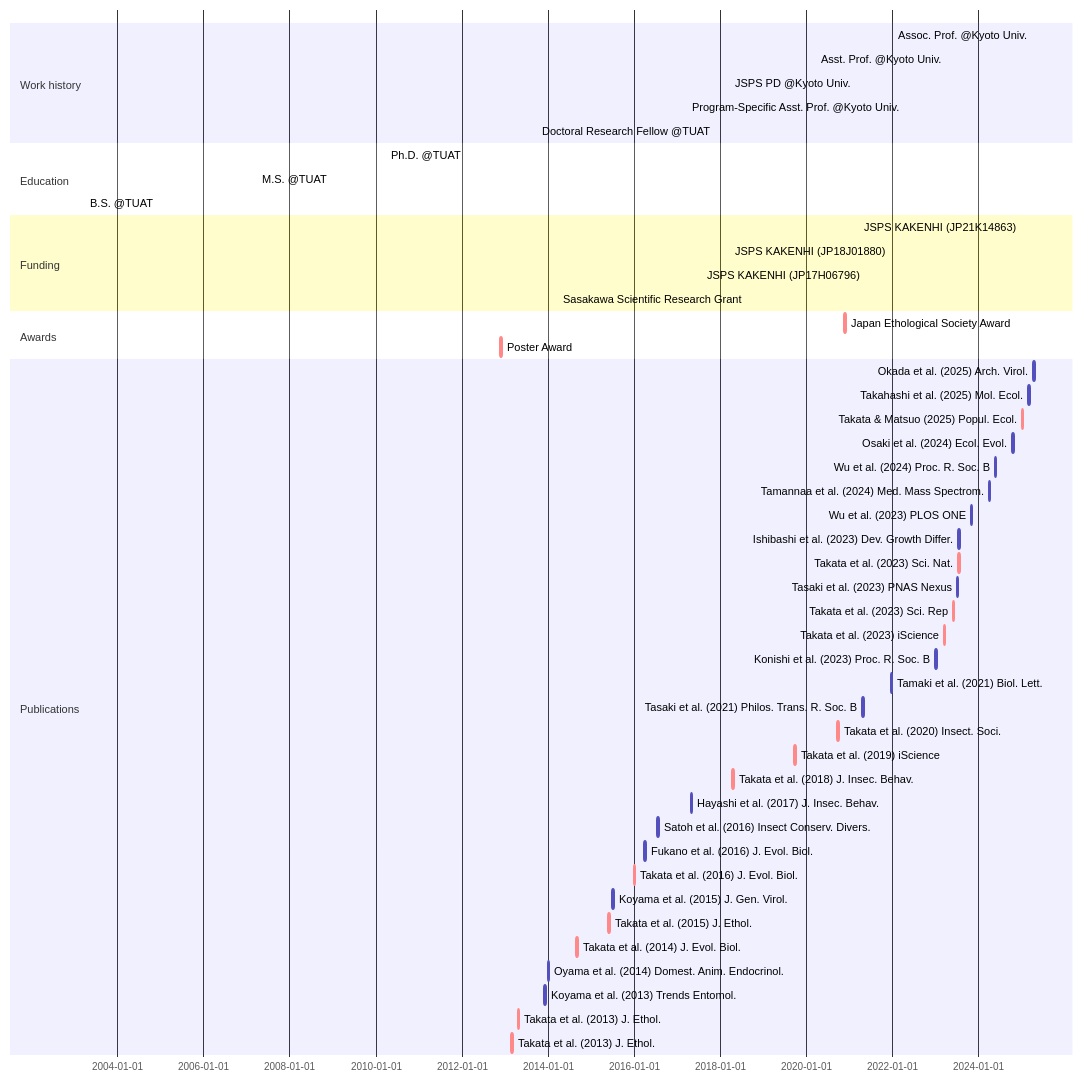
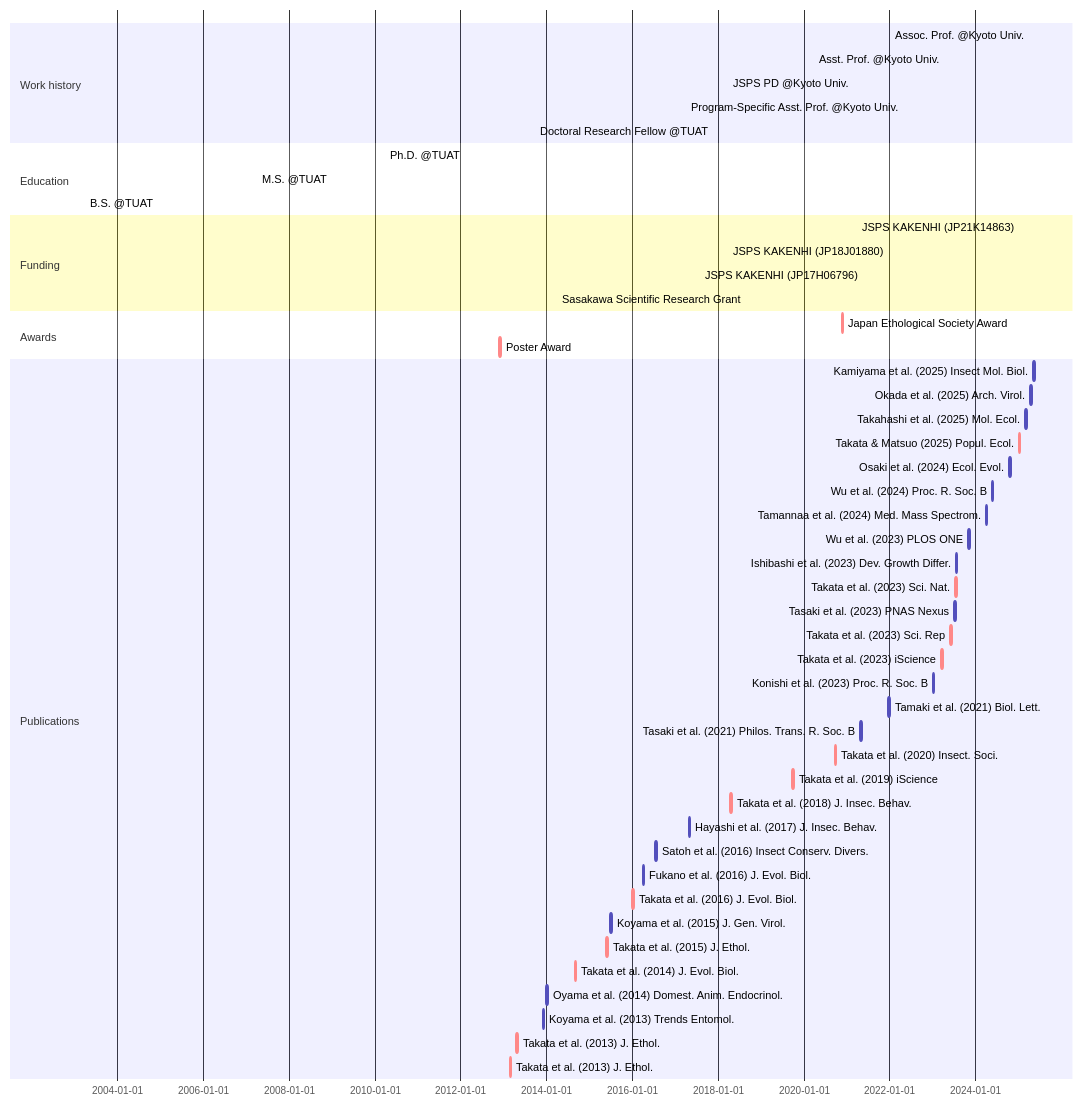
The diagram in _includes/mermaid-cv.md (MamoruTakata/MamoruTakata.github.io), drawn with Mermaid before and after one commit.

````diff
--- a/_includes/mermaid-cv.md
+++ b/_includes/mermaid-cv.md
@@ -1,55 +1,56 @@
 ```mermaid
 gantt
 section Work history
   Assoc. Prof. @Kyoto Univ.                     : active, Assoc. Prof., 2025-04-01, 2030-03-31
   Asst. Prof. @Kyoto Univ.                      : active, Asst. Prof., 2020-04-01, 2025-03-31
   JSPS PD @Kyoto Univ.                          : active, PD, 2018-04-01, 2020-03-31
   Program-Specific Asst. Prof. @Kyoto Univ.     : active, Program-Specific Asst. Prof., 2017-04-01, 2018-03-31
   Doctoral Research Fellow @TUAT                : active, Program-Specific Asst. Prof., 2013-10-01, 2017-03-31
 
 section Education
   Ph.D. @TUAT    : Ph.D., 2010-04-01, 2013-09-18
   M.S. @TUAT     : M.S., 2007-04-01, 2010-03-31
   B.S. @TUAT     : B.S., 2003-04-01, 2007-03-31
 
 section Funding
   JSPS KAKENHI (JP21K14863)                     : active, grant_young, 2021-04-01, 2026-03-31
   JSPS KAKENHI (JP18J01880)                     : active, grant_PD, 2018-04-01, 2021-03-31
   JSPS KAKENHI (JP17H06796)                     : active, grant_start, 2017-08-01, 2018-03-31
   Sasakawa Scientific Research Grant            : active, grant_Sasagawa, 2014-04-01, 2015-03-31
 
 section Awards
   Japan Ethological Society Award               : crit, aw_2, 2020-11-21, 2w
   Poster Award                                  : crit, aw_1, 2012-11-24, 2w
 
 section Publications
+  Kamiyama et al. (2025) Insect Mol. Biol.      :       Kamiyama et al. 2025, 2025-05-11, 2w
   Okada et al. (2025) Arch. Virol.              :       Okada et al. 2025, 2025-04-16, 2w
   Takahashi et al. (2025) Mol. Ecol.            :       Takahashi et al. 2025, 2025-03-04, 2w
   Takata & Matsuo (2025) Popul. Ecol.           : crit, Takata & Matsuo 2025, 2025-01-07, 2w
   Osaki et al. (2024) Ecol. Evol.               :       Osaki et al. 2024, 2024-10-17, 2w
   Wu et al. (2024) Proc. R. Soc. B              :       Wu et al. 2024, 2024-05-22, 2w
   Tamannaa et al. (2024) Med. Mass Spectrom.    :       Tamannaa et al. 2024, 2024-04-01, 2w
   Wu et al. (2023) PLOS ONE                     :       Wu et al. 2023, 2023-11-02, 2w
   Ishibashi et al. (2023) Dev. Growth Differ.   :       Ishibashi et al. 2023, 2023-07-18, 2w
   Takata et al. (2023) Sci. Nat.                : crit, Takata et al. 2023c, 2023-07-17, 2w
   Tasaki et al. (2023) PNAS Nexus               :       Tasaki et al. 2023, 2023-07-04, 2w
   Takata et al. (2023) Sci. Rep                 : crit, Takata et al. 2023b, 2023-05-31, 2w
   Takata et al. (2023) iScience                 : crit, Takata et al. 2023a, 2023-03-17, 2w
   Konishi et al. (2023) Proc. R. Soc. B         :       Konishi et al. 2023, 2023-01-04, 2w
   Tamaki et al. (2021) Biol. Lett.              :       Tamaki et al. 2021, 2021-12-22, 2w
   Tasaki et al. (2021) Philos. Trans. R. Soc. B :       Tasaki et al. 2021, 2021-04-26, 2w
   Takata et al. (2020) Insect. Soci.            : crit, Takata et al. 2020, 2020-09-22, 2w
   Takata et al. (2019) iScience                 : crit, Takata et al. 2019, 2019-09-27, 2w
   Takata et al. (2018) J. Insec. Behav.         : crit, Takata et al. 2018, 2018-04-14, 2w
   Hayashi et al. (2017) J. Insec. Behav.        :       Hayashi et al. 2017, 2017-04-29, 2w
   Satoh et al. (2016) Insect Conserv. Divers.   :       Satoh et al. 2016, 2016-07-16, 2w
   Fukano et al. (2016) J. Evol. Biol.           :       Fukano et al. 2016, 2016-04-01, 2w
   Takata et al. (2016) J. Evol. Biol.           : crit, Takata et al. 2016, 2016-01-01, 2w
   Koyama et al. (2015) J. Gen. Virol.           :       Koyama et al. 2015, 2015-07-01, 2w
   Takata et al. (2015) J. Ethol.                : crit, Takata et al. 2015, 2015-05-28, 2w
   Takata et al. (2014) J. Evol. Biol.           : crit, Takata et al. 2014, 2014-09-01, 2w
   Oyama et al. (2014) Domest. Anim. Endocrinol. :       Oyama et al. 2014, 2014-01-01, 2w
   Koyama et al. (2013) Trends Entomol.          :       Koyama et al. 2013, 2013-12-01, 2w
   Takata et al. (2013) J. Ethol.                : crit, Takata et al. 2015b, 2013-04-21, 2w
   Takata et al. (2013) J. Ethol.                : crit, Takata et al. 2015a, 2013-02-23, 2w
 ```
````
